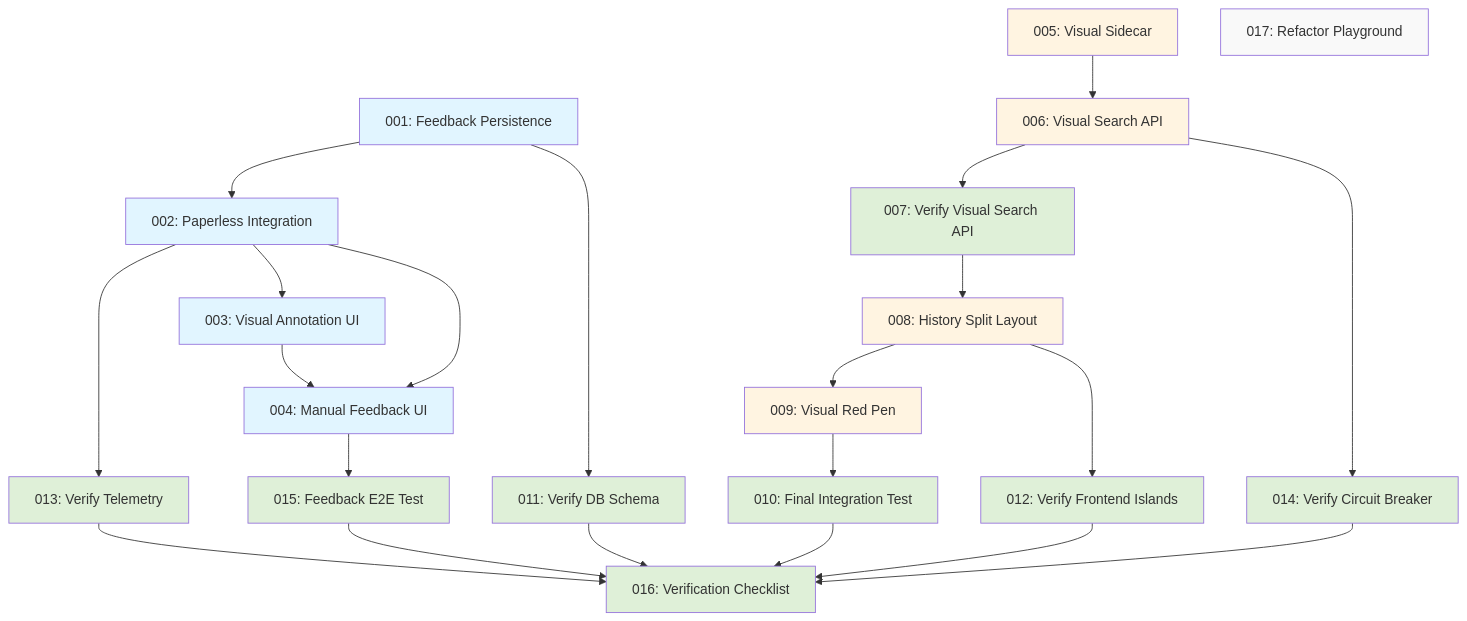
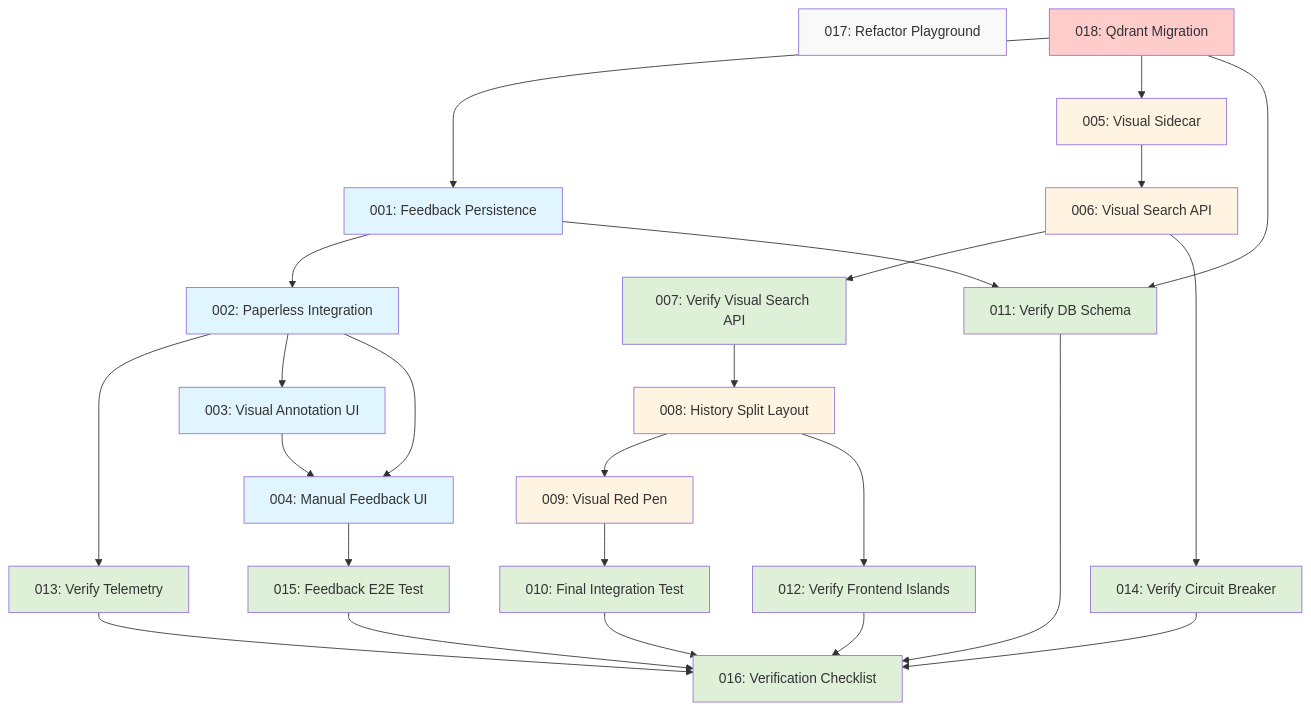
Before and after one commit to Walchshofer/paperless-ai: the diagram in prompts/EXECUTION_ORDER.md, drawn with Mermaid. The commit also changed other lines of this file and 36 other files, not shown here.

````diff
--- a/prompts/EXECUTION_ORDER.md
+++ b/prompts/EXECUTION_ORDER.md
@@ -8,46 +10,52 @@
 ```mermaid
 graph TD
     %% Phase 1: Backend Foundation
     001[001: Feedback Persistence] --> 002[002: Paperless Integration]
     001 --> 011[011: Verify DB Schema]
     002 --> 013[013: Verify Telemetry]
 
     %% Phase 2: Manual Route UI
     002 --> 003[003: Visual Annotation UI]
     002 --> 004[004: Manual Feedback UI]
     003 --> 004
     004 --> 015[015: Feedback E2E Test]
 
     %% Phase 3: History Route Enhancement
     005[005: Visual Sidecar] --> 006[006: Visual Search API]
     006 --> 007[007: Verify Visual Search API]
     006 --> 014[014: Verify Circuit Breaker]
     007 --> 008[008: History Split Layout]
     008 --> 009[009: Visual Red Pen]
     008 --> 012[012: Verify Frontend Islands]
     009 --> 010[010: Final Integration Test]
 
     %% Phase 4: Final Verification & Cleanup
     011 & 012 & 013 & 014 & 015 & 010 --> 016[016: Verification Checklist]
-    
+
     %% Independent / Cleanup
     017[017: Refactor Playground]
+
+    %% Phase 5: Qdrant Migration (BREAKING CHANGE)
+    018[018: Qdrant Migration] --> 001
+    018 --> 005
+    018 --> 011
 
     style 001 fill:#e1f5ff
     style 002 fill:#e1f5ff
     style 003 fill:#e1f5ff
     style 004 fill:#e1f5ff
     style 005 fill:#fff4e1
     style 006 fill:#fff4e1
     style 007 fill:#dff0d8
     style 008 fill:#fff4e1
     style 009 fill:#fff4e1
     style 010 fill:#dff0d8
     style 011 fill:#dff0d8
     style 012 fill:#dff0d8
     style 013 fill:#dff0d8
     style 014 fill:#dff0d8
     style 015 fill:#dff0d8
     style 016 fill:#dff0d8
     style 017 fill:#f9f9f9
+    style 018 fill:#ffcccc
 ```
````
